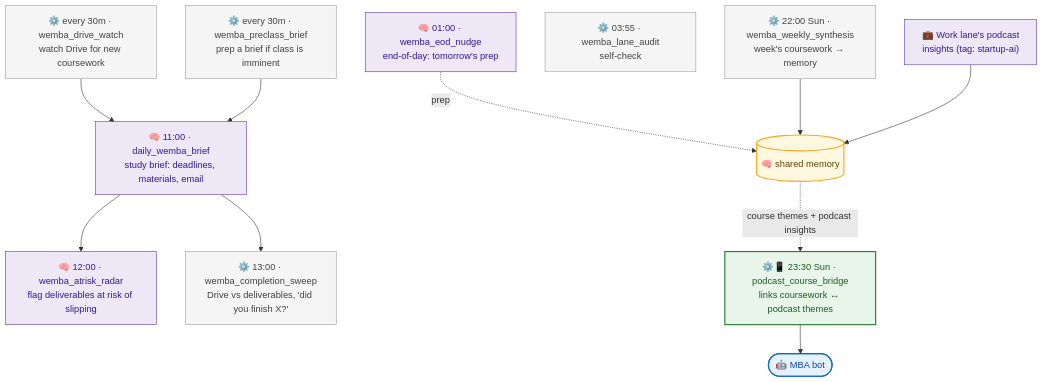
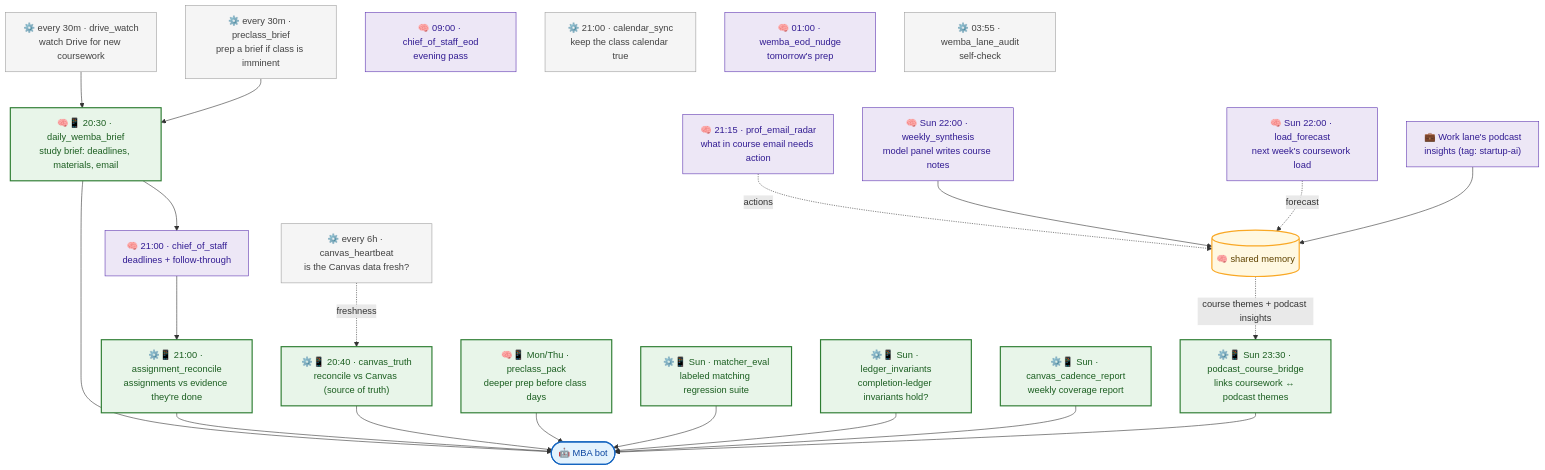
Before and after one commit to nickmuchi87/hermes-agents-showcase: the third of 6 diagrams in docs/08-the-fleet-map.md, drawn with Mermaid. The commit also changed other lines of this file and 8 other files, not shown here.

````diff
--- a/docs/08-the-fleet-map.md
+++ b/docs/08-the-fleet-map.md
@@ -120,31 +127,50 @@
 ```mermaid
 flowchart TB
-    drive["⚙️ every 30m · wemba_drive_watch<br/>watch Drive for new coursework"]:::plumb
-    pre["⚙️ every 30m · wemba_preclass_brief<br/>prep a brief if class is imminent"]:::plumb
-    brief["🧠 11:00 · daily_wemba_brief<br/>study brief: deadlines, materials, email"]:::agent
-    risk["🧠 12:00 · wemba_atrisk_radar<br/>flag deliverables at risk of slipping"]:::agent
-    sweep["⚙️ 13:00 · wemba_completion_sweep<br/>Drive vs deliverables, 'did you finish X?'"]:::plumb
-    eod["🧠 01:00 · wemba_eod_nudge<br/>end-of-day: tomorrow's prep"]:::agent
+    drive["⚙️ every 30m · drive_watch<br/>watch Drive for new coursework"]:::plumb
+    pre["⚙️ every 30m · preclass_brief<br/>prep a brief if class is imminent"]:::plumb
+    hb["⚙️ every 6h · canvas_heartbeat<br/>is the Canvas data fresh?"]:::plumb
+    brief["🧠📱 20:30 · daily_wemba_brief<br/>study brief: deadlines, materials, email"]:::ping
+    cos["🧠 21:00 · chief_of_staff<br/>deadlines + follow-through"]:::agent
+    coseod["🧠 09:00 · chief_of_staff_eod<br/>evening pass"]:::agent
+    radar["🧠 21:15 · prof_email_radar<br/>what in course email needs action"]:::agent
+    cal["⚙️ 21:00 · calendar_sync<br/>keep the class calendar true"]:::plumb
+    recon["⚙️📱 21:00 · assignment_reconcile<br/>assignments vs evidence they're done"]:::ping
+    ctruth["⚙️📱 20:40 · canvas_truth<br/>reconcile vs Canvas (source of truth)"]:::ping
+    pack["🧠📱 Mon/Thu · preclass_pack<br/>deeper prep before class days"]:::ping
+    eod["🧠 01:00 · wemba_eod_nudge<br/>tomorrow's prep"]:::agent
+    meval["⚙️📱 Sun · matcher_eval<br/>labeled matching regression suite"]:::ping
+    inv["⚙️📱 Sun · ledger_invariants<br/>completion-ledger invariants hold?"]:::ping
+    synth["🧠 Sun 22:00 · weekly_synthesis<br/>model panel writes course notes"]:::agent
+    load["🧠 Sun 22:00 · load_forecast<br/>next week's coursework load"]:::agent
+    cad["⚙️📱 Sun · canvas_cadence_report<br/>weekly coverage report"]:::ping
+    bridge["⚙️📱 Sun 23:30 · podcast_course_bridge<br/>links coursework ↔ podcast themes"]:::ping
     aud["⚙️ 03:55 · wemba_lane_audit<br/>self-check"]:::plumb
-    synth["⚙️ 22:00 Sun · wemba_weekly_synthesis<br/>week's coursework → memory"]:::plumb
-    bridge["⚙️📱 23:30 Sun · podcast_course_bridge<br/>links coursework ↔ podcast themes"]:::ping
     work["💼 Work lane's podcast<br/>insights (tag: startup-ai)"]:::agent
     mem[("🧠 shared memory")]:::mem
     bot(["🤖 MBA bot"]):::bot
 
     drive --> brief
     pre --> brief
-    brief --> risk
-    brief --> sweep
-    eod -. "prep" .-> mem
+    hb -. "freshness" .-> ctruth
+    brief --> bot
+    brief --> cos
+    cos --> recon
+    recon --> bot
+    ctruth --> bot
+    radar -. "actions" .-> mem
+    pack --> bot
+    meval --> bot
+    inv --> bot
+    cad --> bot
     synth --> mem
+    load -. "forecast" .-> mem
     work --> mem
     mem -. "course themes + podcast insights" .-> bridge
     bridge --> bot
 
     classDef agent fill:#ede7f6,stroke:#5e35b1,color:#311b92;
     classDef plumb fill:#f5f5f5,stroke:#9e9e9e,color:#424242;
     classDef ping fill:#e8f5e9,stroke:#2e7d32,color:#1b5e20,stroke-width:2px;
     classDef mem fill:#fff8e1,stroke:#f9a825,color:#5f4300,stroke-width:2px;
     classDef bot fill:#e3f2fd,stroke:#1565c0,color:#0d47a1,stroke-width:2px;
 ```
````
